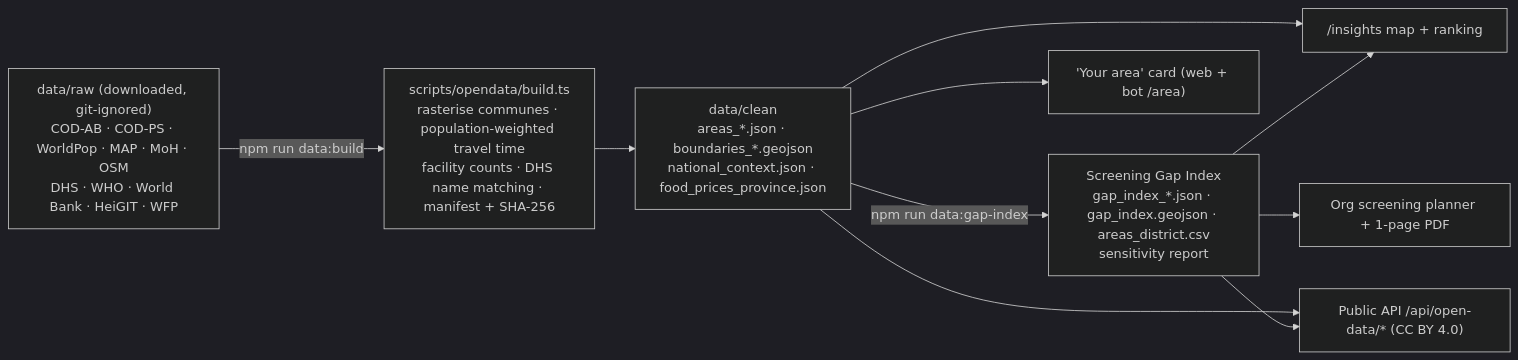
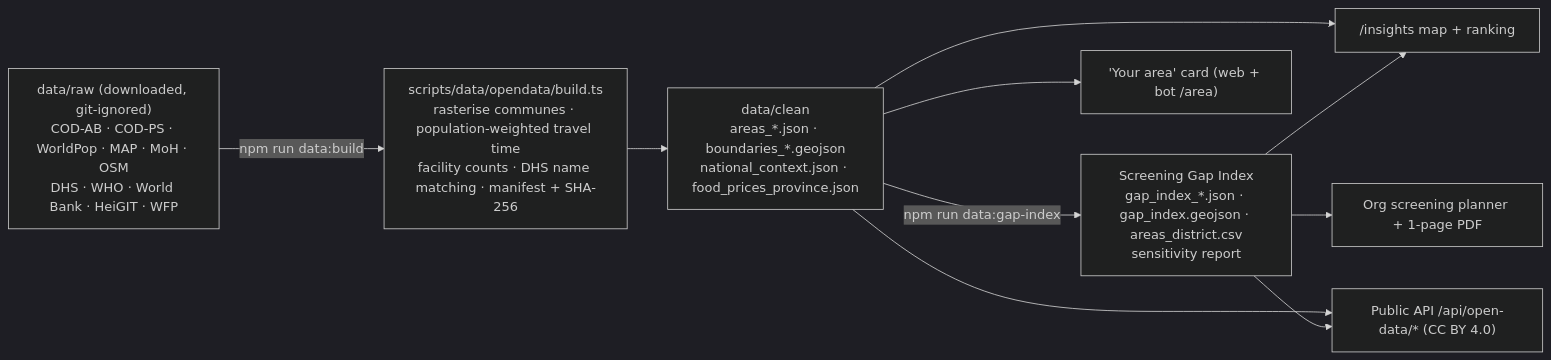
One commit to Arunratanak/Sokhapheap changed the diagram in README.md. Above: the diagram before and after it, drawn with Mermaid (dark theme). The commit also changed other lines of this file and 290 other files, not shown here.

````diff
--- a/README.md
+++ b/README.md
@@ -53,13 +99,13 @@
 ```mermaid
 flowchart LR
   raw["data/raw (downloaded, git-ignored)<br/>COD-AB · COD-PS · WorldPop · MAP · MoH · OSM<br/>DHS · WHO · World Bank · HeiGIT · WFP"]
-  raw -->|npm run data:build| pipe["scripts/opendata/build.ts<br/>rasterise communes · population-weighted travel time<br/>facility counts · DHS name matching · manifest + SHA-256"]
+  raw -->|npm run data:build| pipe["scripts/data/opendata/build.ts<br/>rasterise communes · population-weighted travel time<br/>facility counts · DHS name matching · manifest + SHA-256"]
   pipe --> clean["data/clean<br/>areas_*.json · boundaries_*.geojson<br/>national_context.json · food_prices_province.json"]
   clean -->|npm run data:gap-index| gap["Screening Gap Index<br/>gap_index_*.json · gap_index.geojson · areas_district.csv<br/>sensitivity report"]
   clean --> app1["/insights map + ranking"]
   gap --> app1
   clean --> app2["'Your area' card (web + bot /area)"]
   gap --> app3["Org screening planner + 1-page PDF"]
   clean --> app4["Public API /api/open-data/* (CC BY 4.0)"]
   gap --> app4
 ```
````
